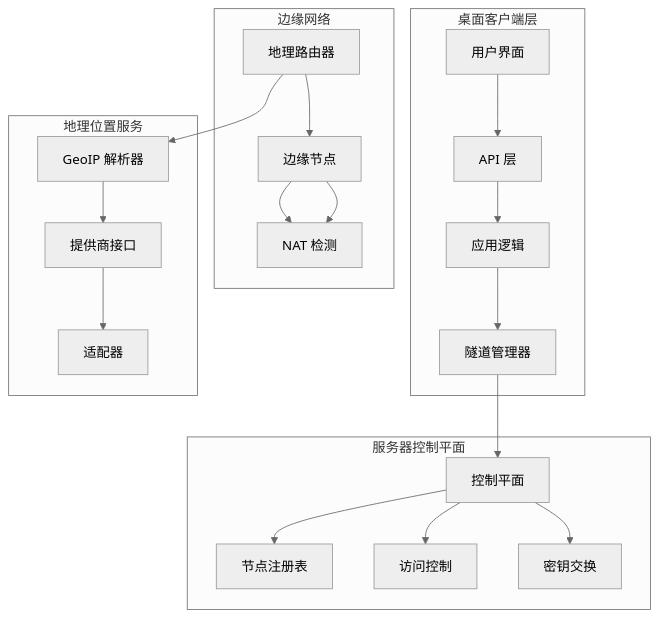
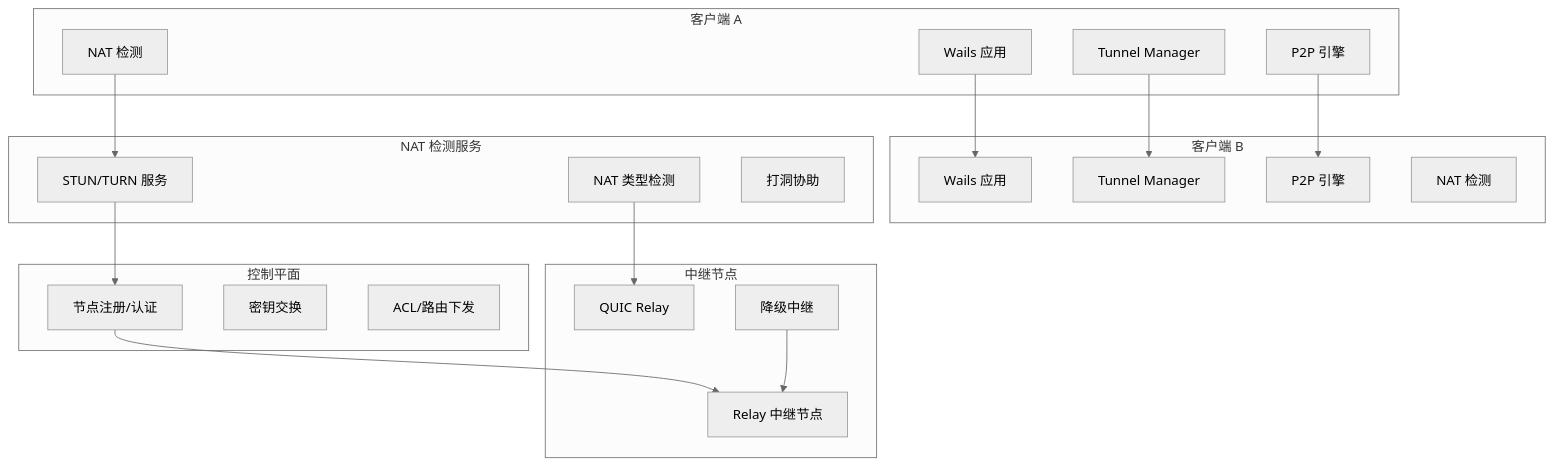
The fourth of 12 diagrams in .qoder/repowiki/zh/content/服务端架构/地理定位服务.md (itsharex/NexTunnel), drawn with Mermaid (neutral theme) before and after one commit. The commit also changed other lines of this file and 48 other files, not shown here.

````diff
--- a/.qoder/repowiki/zh/content/服务端架构/地理定位服务.md
+++ b/.qoder/repowiki/zh/content/服务端架构/地理定位服务.md
@@ -151,24 +181,38 @@
 ```mermaid
 graph TB
-subgraph "桌面客户端层"
-Client[用户界面] --> API[API 层]
-API --> App[应用逻辑]
-App --> Manager[隧道管理器]
+subgraph "客户端 A"
+CA1[Wails 应用]
+CA2[Tunnel Manager]
+CA3[P2P 引擎]
+CA4[NAT 检测]
 end
-subgraph "服务器控制平面"
-CP[控制平面] --> NR[节点注册表]
-CP --> ACL[访问控制]
-CP --> KE[密钥交换]
+subgraph "客户端 B"
+CB1[Wails 应用]
+CB2[Tunnel Manager]
+CB3[P2P 引擎]
+CB4[NAT 检测]
 end
-subgraph "边缘网络"
-Router[地理路由器] --> Nodes[边缘节点]
-Nodes --> NAT[NAT 检测]
+subgraph "控制平面"
+CCP[节点注册/认证]
+CCP2[密钥交换]
+CCP3[ACL/路由下发]
 end
-subgraph "地理位置服务"
-GeoIP[GeoIP 解析器] --> Provider[提供商接口]
-Provider --> Adapter[适配器]
+subgraph "NAT 检测服务"
+CND[STUN/TURN 服务]
+CND2[NAT 类型检测]
+CND3[打洞协助]
 end
-Manager --> CP
-Router --> GeoIP
-Nodes --> NAT
+subgraph "中继节点"
+CR[Relay 中继节点]
+CR2[QUIC Relay]
+CR3[降级中继]
+end
+CA1 --> CB1
+CA2 --> CB2
+CA3 --> CB3
+CA4 --> CND
+CND --> CCP
+CCP --> CR
+CND2 --> CR2
+CR3 --> CR
 ```
````
